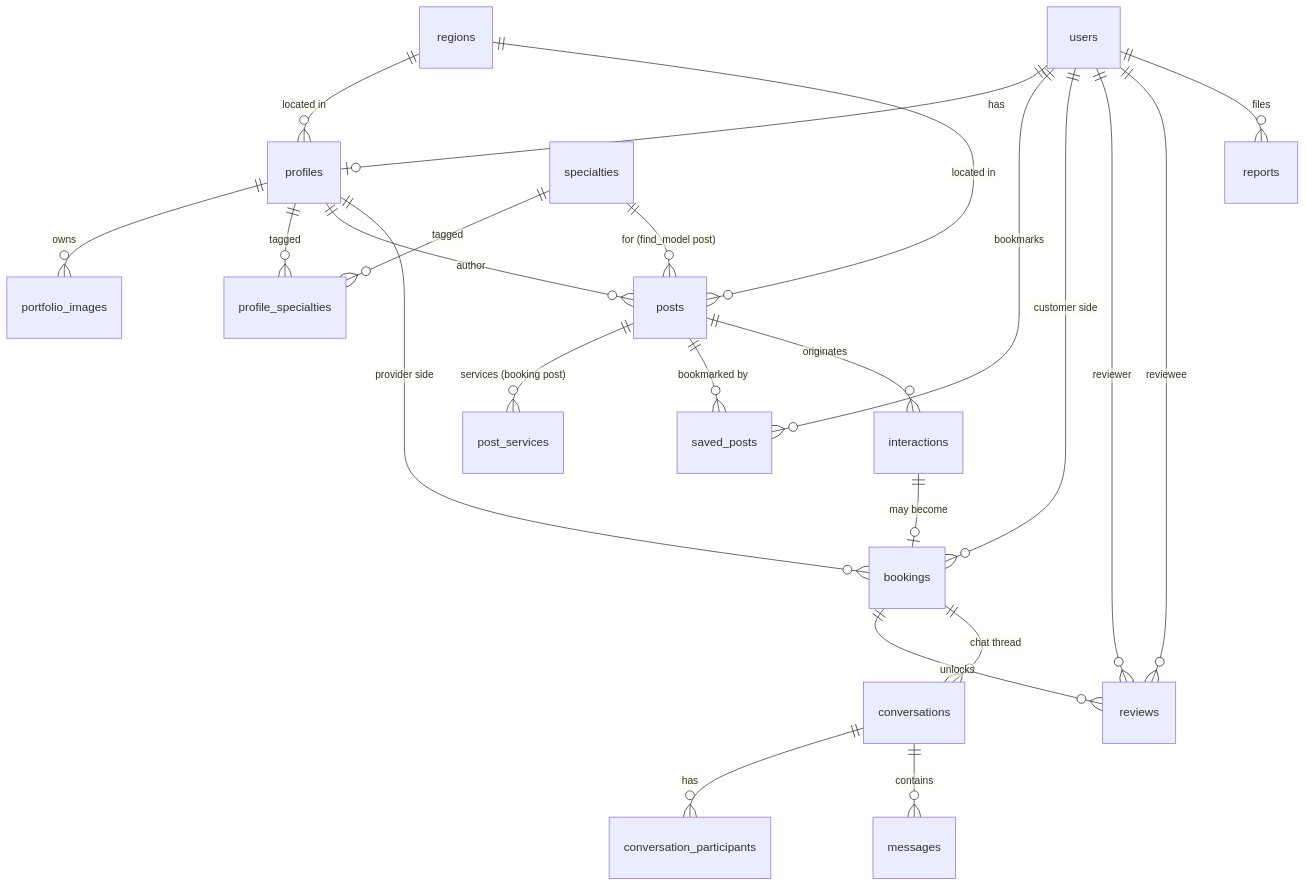
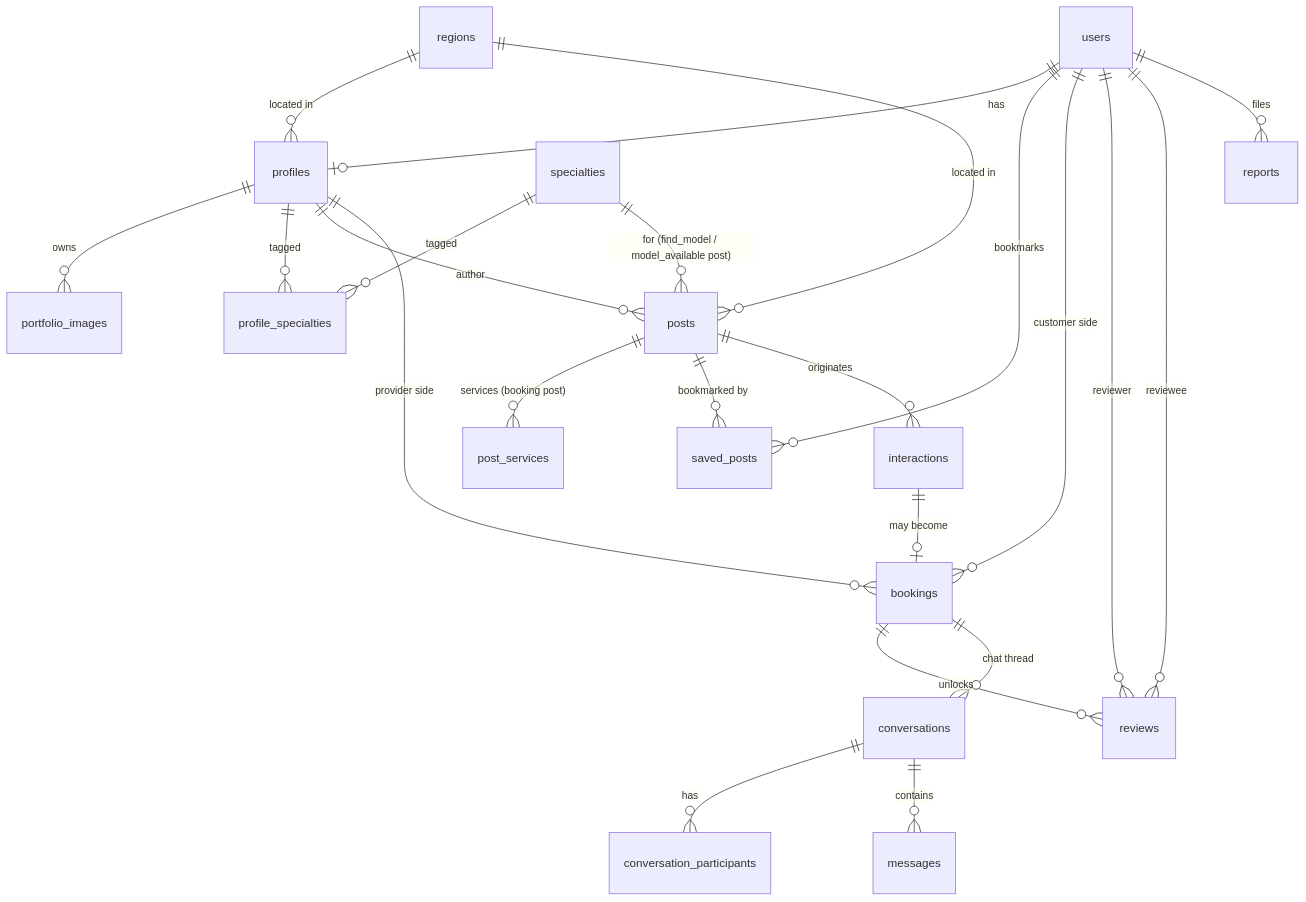
One commit to Baodng2402/muse-fe changed the diagram in docs/data-model.md. Above: the diagram before and after it, drawn with Mermaid. The commit also changed other lines of this file and 117 other files, not shown here.

````diff
--- a/docs/data-model.md
+++ b/docs/data-model.md
@@ -12,25 +12,25 @@
 ```mermaid
 erDiagram
     users ||--o| profiles : "has"
     profiles ||--o{ portfolio_images : "owns"
     profiles ||--o{ profile_specialties : "tagged"
     specialties ||--o{ profile_specialties : "tagged"
     regions ||--o{ profiles : "located in"
     regions ||--o{ posts : "located in"
     profiles ||--o{ posts : "author"
     posts ||--o{ post_services : "services (booking post)"
-    specialties ||--o{ posts : "for (find_model post)"
+    specialties ||--o{ posts : "for (find_model / model_available post)"
     users ||--o{ saved_posts : "bookmarks"
     posts ||--o{ saved_posts : "bookmarked by"
     posts ||--o{ interactions : "originates"
     interactions ||--o| bookings : "may become"
     profiles ||--o{ bookings : "provider side"
     users ||--o{ bookings : "customer side"
     bookings ||--o{ reviews : "unlocks"
     users ||--o{ reviews : "reviewer"
     users ||--o{ reviews : "reviewee"
     users ||--o{ reports : "files"
     bookings ||--o{ conversations : "chat thread"
     conversations ||--o{ conversation_participants : "has"
     conversations ||--o{ messages : "contains"
 ```
````
